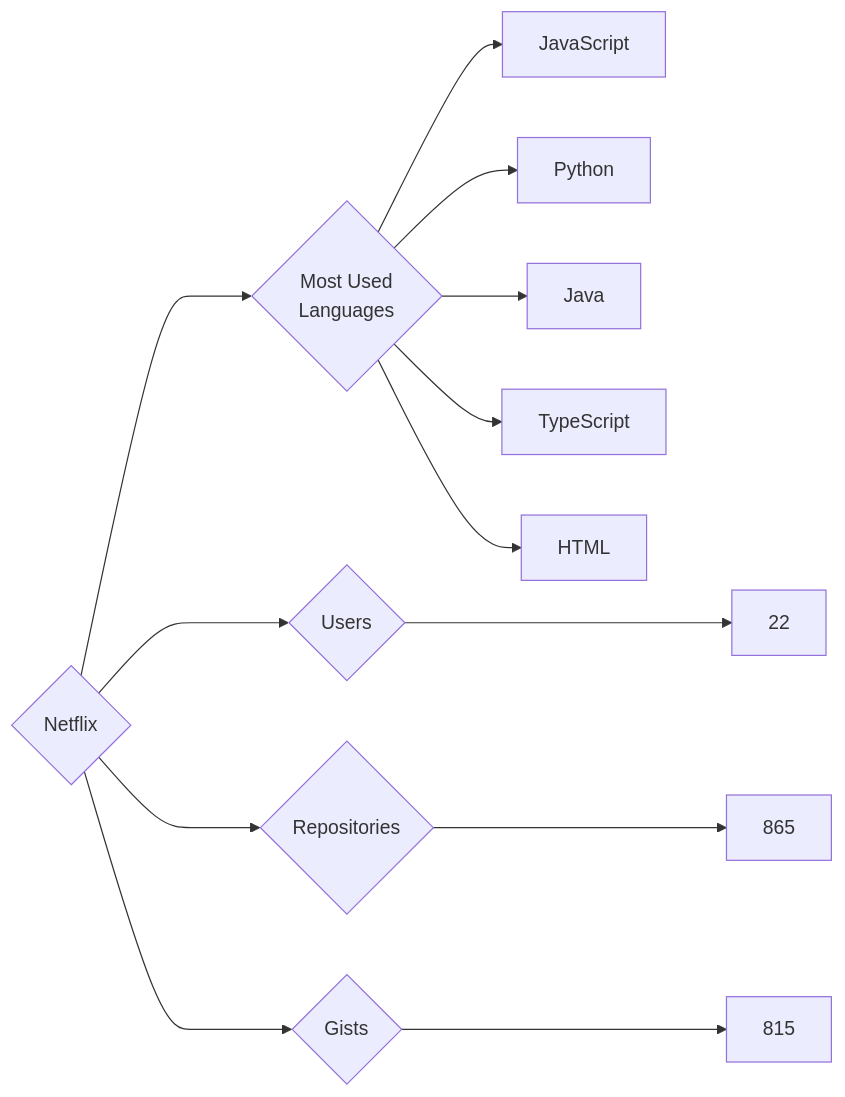
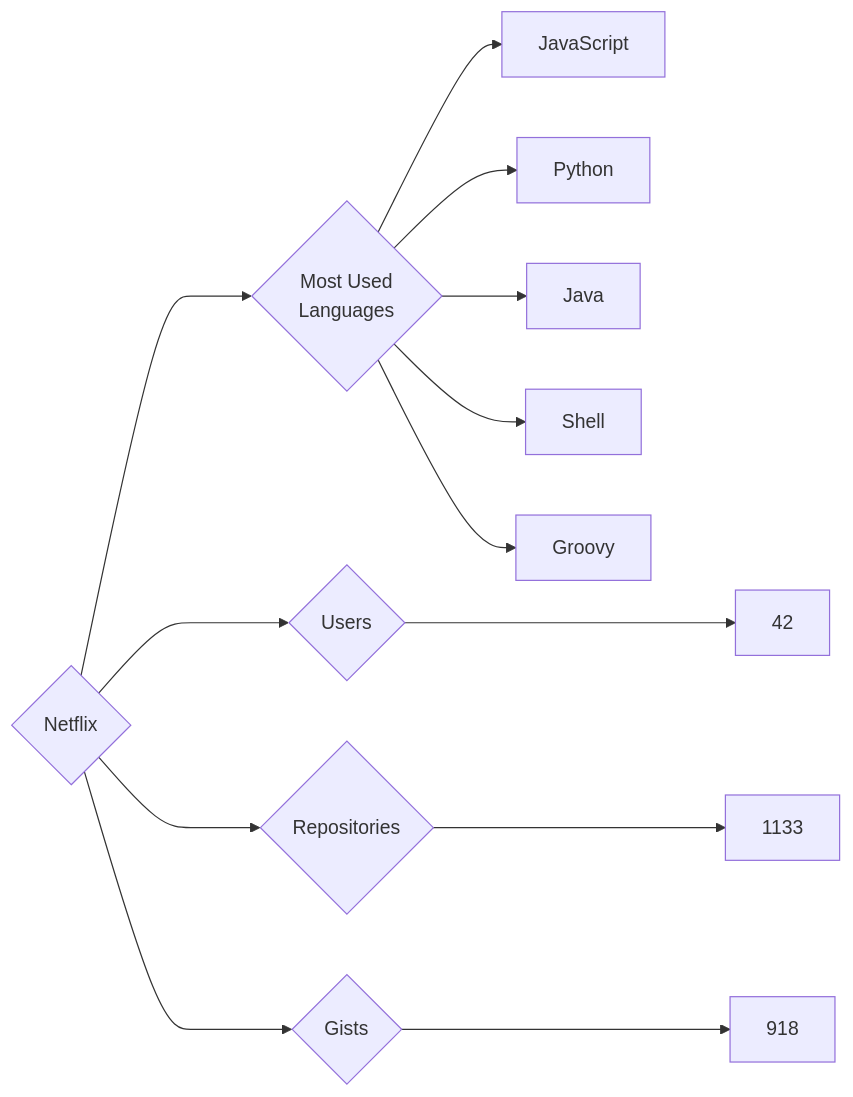
Before and after one commit to trickest/insiders: the diagram in targets/Netflix/README.md, drawn with Mermaid. The commit also changed 681 other files, not shown here.

````diff
--- a/targets/Netflix/README.md
+++ b/targets/Netflix/README.md
@@ -3,13 +3,13 @@
 ```mermaid
 graph LR
 COMPANY_NAME{Netflix}
-COMPANY_NAME ---> U{Users} ---> UN[22]
-COMPANY_NAME ---> R{Repositories} ---> RN[865]
-COMPANY_NAME ---> G{Gists} ---> GN[815]
+COMPANY_NAME ---> U{Users} ---> UN[42]
+COMPANY_NAME ---> R{Repositories} ---> RN[1133]
+COMPANY_NAME ---> G{Gists} ---> GN[918]
 COMPANY_NAME ---> ML{Most Used<br>Languages}
 ML --> JavaScript[JavaScript]
 ML --> Python[Python]
 ML --> Java[Java]
-ML --> TypeScript[TypeScript]
-ML --> HTML[HTML]
+ML --> Shell[Shell]
+ML --> Groovy[Groovy]
 ```
````
